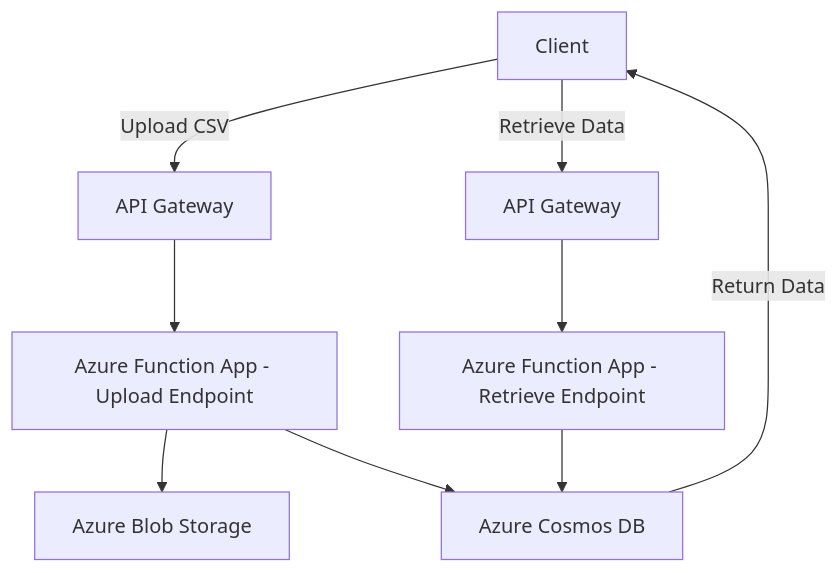
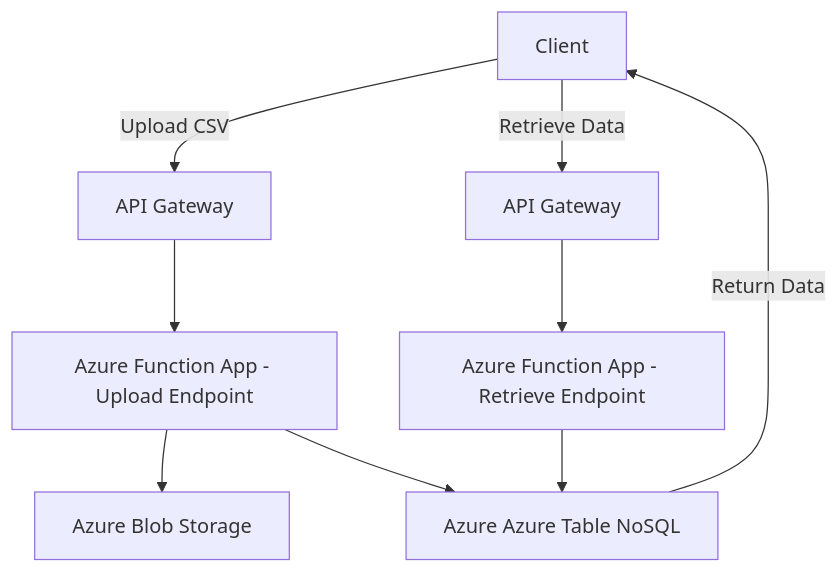
The diagram in README.md (oigbokwe73/Upload-CSV-to-JSON-with-exposed-endpoints-for-configs), drawn with Mermaid before and after one commit. The commit also changed other lines of this file, not shown here.

````diff
--- a/README.md
+++ b/README.md
@@ -165,11 +141,11 @@
 ```mermaid
 graph TD
     A[Client] -->|Upload CSV| B[API Gateway]
     B --> C[Azure Function App - Upload Endpoint]
     C --> D[Azure Blob Storage]
-    C --> E[Azure Cosmos DB]
+    C --> E[Azure Azure Table NoSQL]
     A -->|Retrieve Data| F[API Gateway]
     F --> G[Azure Function App - Retrieve Endpoint]
     G --> E
     E -->|Return Data| A
 ```
````
